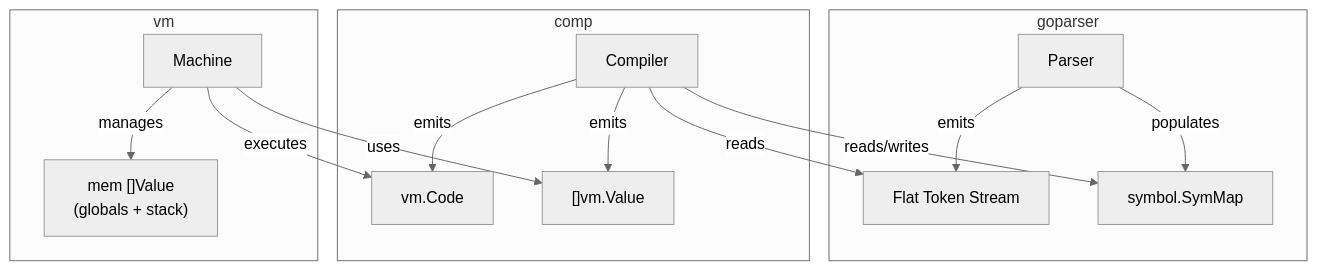
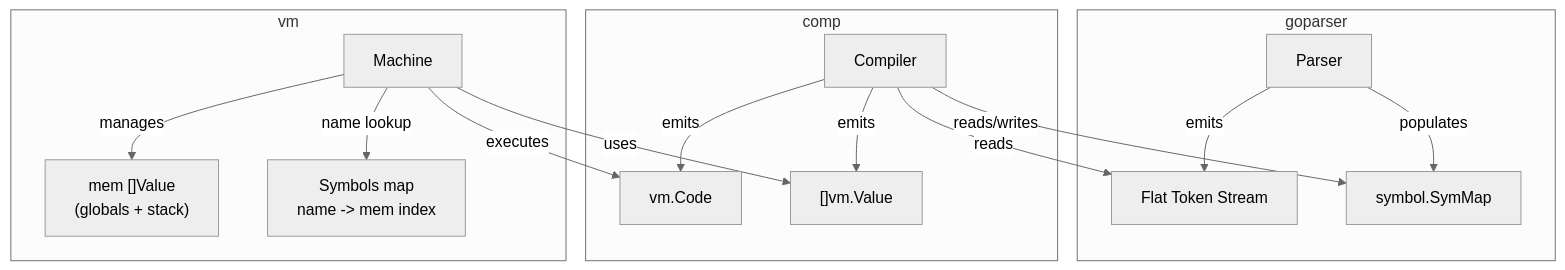
One commit to mvertes/parscan changed the second of 2 diagrams in docs/architecture.md. Above: the diagram before and after it, drawn with Mermaid (neutral theme). The commit also changed other lines of this file and 10 other files, not shown here.

````diff
--- a/docs/architecture.md
+++ b/docs/architecture.md
@@ -30,18 +30,19 @@
 ```mermaid
 flowchart TD
     subgraph "goparser"
         P[Parser] -->|emits| FT[Flat Token Stream]
         P -->|populates| SM[symbol.SymMap]
     end
     subgraph "comp"
         C[Compiler] -->|reads| FT
         C -->|reads/writes| SM
         C -->|emits| Code["vm.Code"]
         C -->|emits| Data["[]vm.Value"]
     end
     subgraph "vm"
         M[Machine] -->|executes| Code
         M -->|uses| Data
         M -->|manages| Mem["mem []Value\n(globals + stack)"]
+        M -->|name lookup| Syms["Symbols map\nname -> mem index"]
     end
 ```
````
